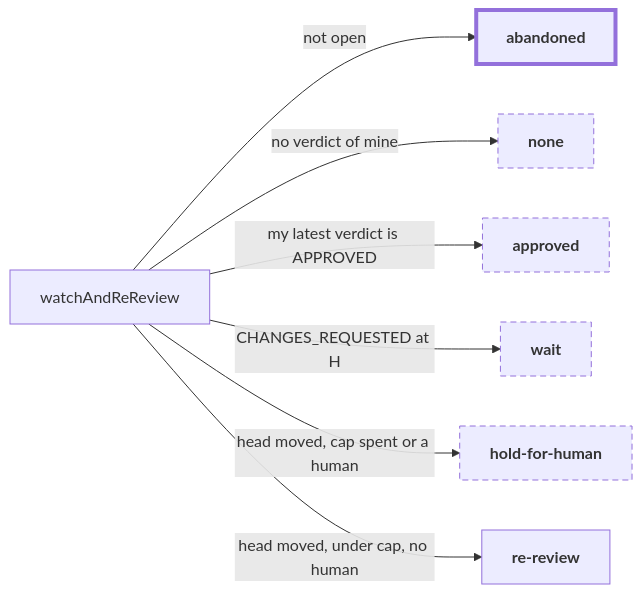
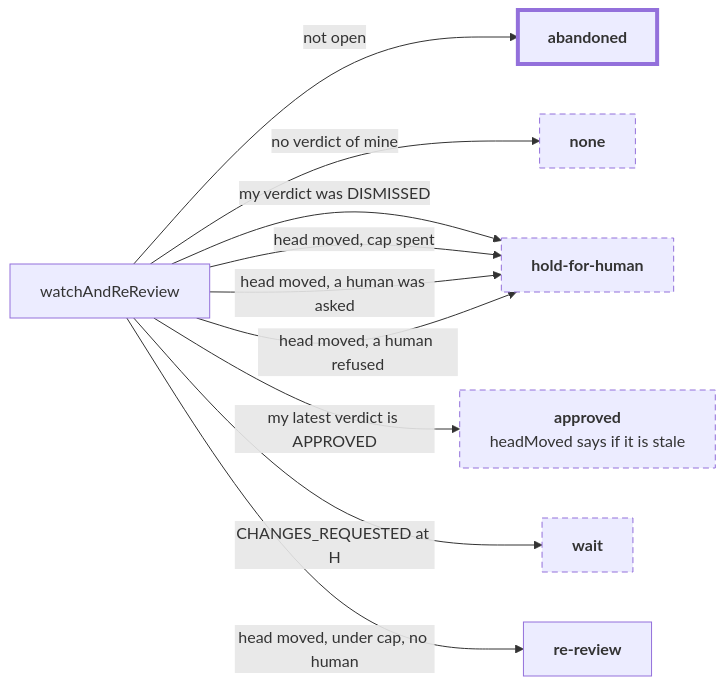
The seventh of 11 diagrams in docs/how-it-works.md (input-output-hk/agent-peer-review), drawn with Mermaid before and after one commit. The commit also changed other lines of this file and 92 other files, not shown here.

````diff
--- a/docs/how-it-works.md
+++ b/docs/how-it-works.md
@@ -346,15 +350,18 @@
 ```mermaid
 flowchart LR
   W0["watchAndReReview"]
   W0 -->|"not open"| W1["<b>abandoned</b>"]
   W0 -->|"no verdict of mine"| W2["<b>none</b>"]
-  W0 -->|"my latest verdict is APPROVED"| W3["<b>approved</b>"]
+  W0 -->|"my verdict was DISMISSED"| W5["<b>hold-for-human</b>"]
+  W0 -->|"my latest verdict is APPROVED"| W3["<b>approved</b><br/>headMoved says if it is stale"]
   W0 -->|"CHANGES_REQUESTED at H"| W4["<b>wait</b>"]
-  W0 -->|"head moved, cap spent or a human"| W5["<b>hold-for-human</b>"]
+  W0 -->|"head moved, cap spent"| W5["<b>hold-for-human</b>"]
+  W0 -->|"head moved, a human was asked"| W5
+  W0 -->|"head moved, a human refused"| W5
   W0 -->|"head moved, under cap, no human"| W6["<b>re-review</b>"]
 
   class W1 terminal
   class W2,W3,W4,W5 pending
   classDef terminal stroke-width:4px
   classDef pending stroke-dasharray: 6 4
 ```
````
